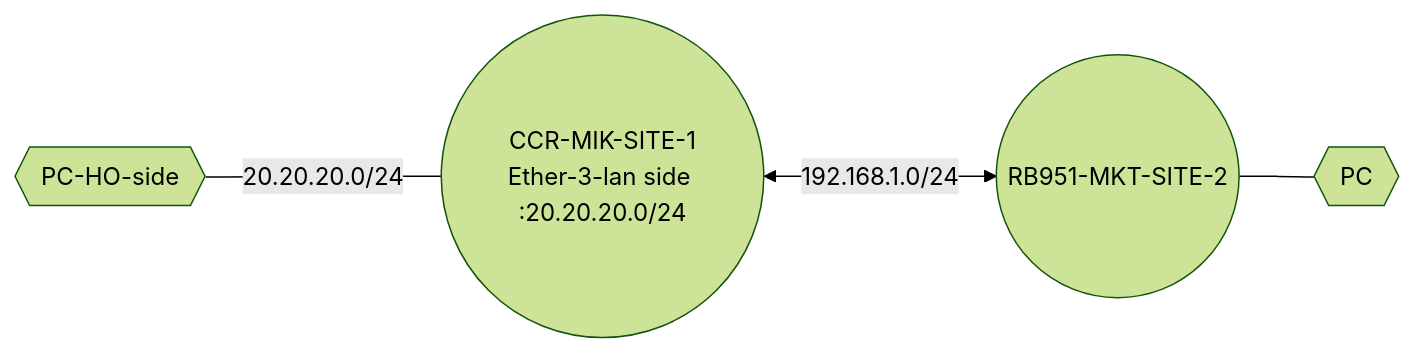
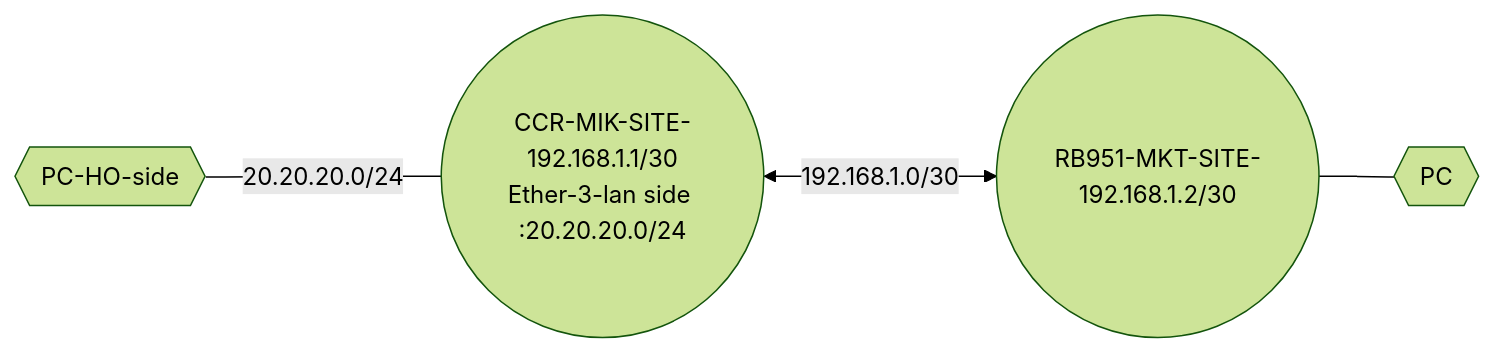
The first of 2 diagrams in MTCRE/MTCRE.md (Rajeev-Tamang/Mikrotik_MTCNA_MTCRE_MTCSE), drawn with Mermaid (forest theme) before and after one commit. The commit also changed other lines of this file, not shown here.

````diff
--- a/MTCRE/MTCRE.md
+++ b/MTCRE/MTCRE.md
@@ -3,4 +3,4 @@
 ```mermaid
 graph LR
-PC1{{PC-HO-side}}---|20.20.20.0/24|Mikrotik1((CCR-MIK-SITE-1<br>Ether-3-lan side :20.20.20.0/24))<-->|192.168.1.0/24|Mikrotik2((RB951-MKT-SITE-2))---PC{{PC}}
+PC1{{PC-HO-side}}---|20.20.20.0/24|Mikrotik1((CCR-MIK-SITE-192.168.1.1/30<br>Ether-3-lan side :20.20.20.0/24))<-->|192.168.1.0/30|Mikrotik2((RB951-MKT-SITE-192.168.1.2/30))---PC{{PC}}
 ```
````
